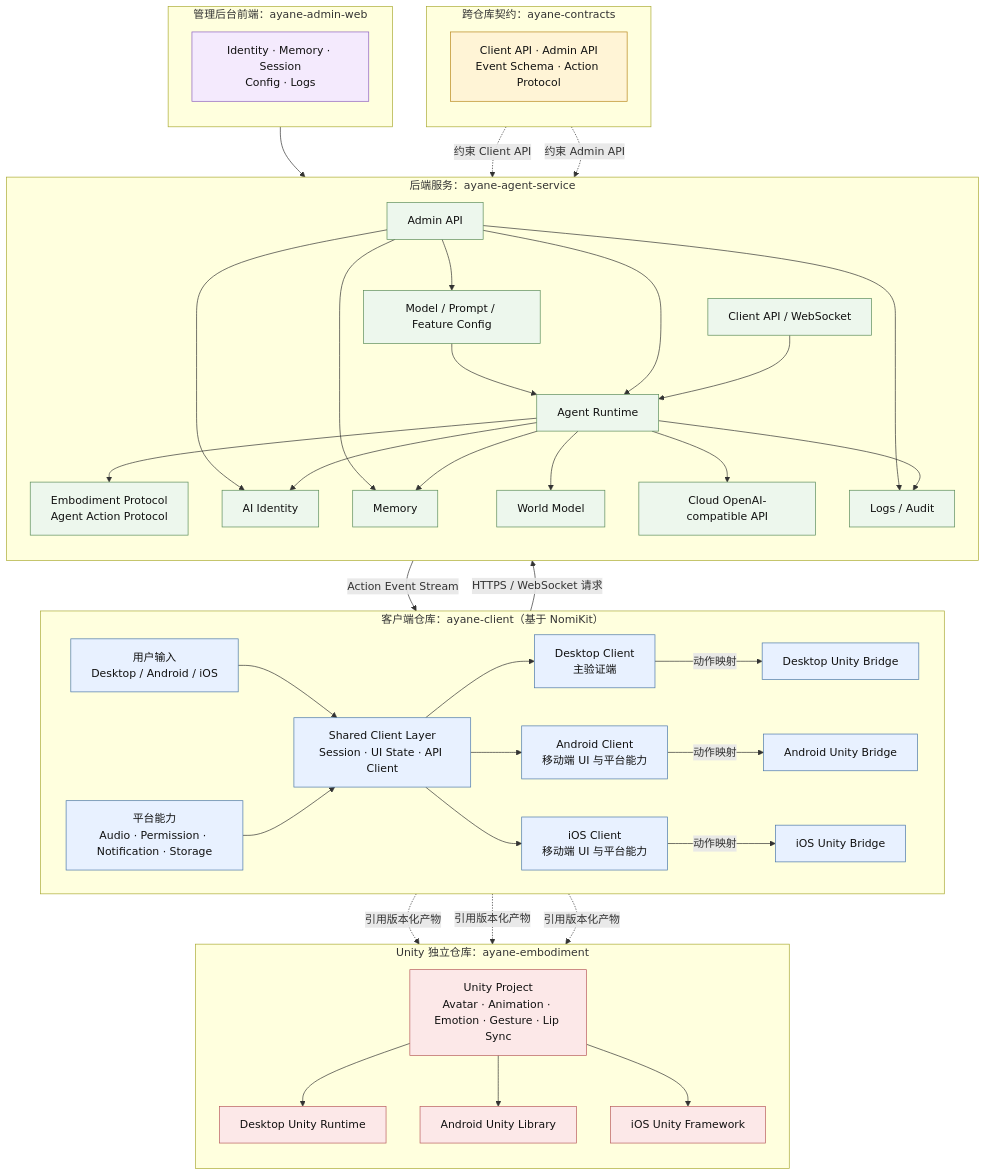
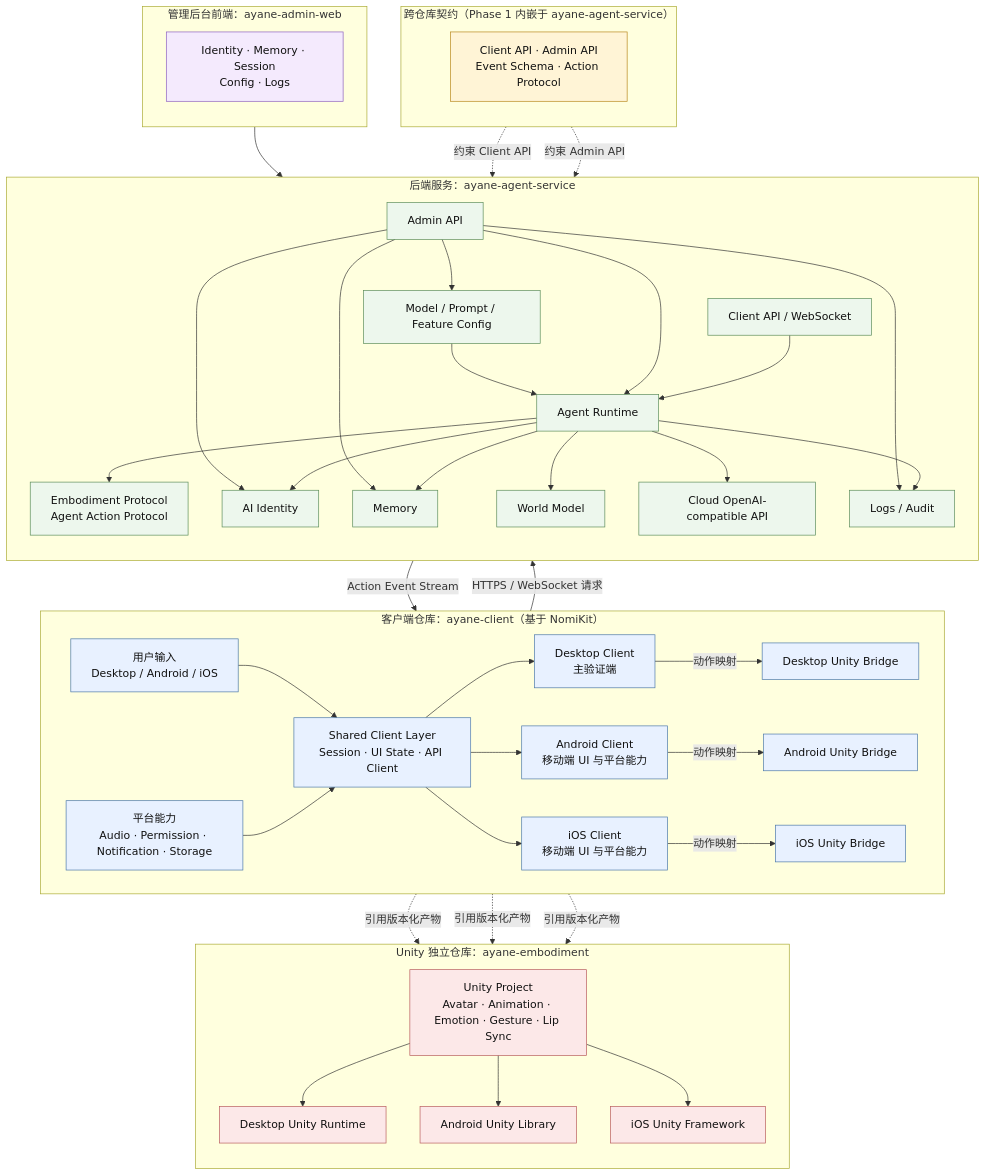
Before and after one commit to ayane-ai/ayane-docs: the diagram in architecture/项目整体架构设计.md, drawn with Mermaid. The commit also changed other lines of this file and 5 other files, not shown here.

First line of the commit message:
feat(architecture): 调整契约架构设计文档

```diff
--- a/architecture/项目整体架构设计.md
+++ b/architecture/项目整体架构设计.md
@@ -20,7 +20,7 @@
         IOSBridge["iOS Unity Bridge"]
     end
 
-    subgraph Contract["跨仓库契约：ayane-contracts"]
+    subgraph Contract["跨仓库契约（Phase 1 内嵌于 ayane-agent-service）"]
         direction TB
         Schema["Client API · Admin API<br/>Event Schema · Action Protocol"]
     end
```
